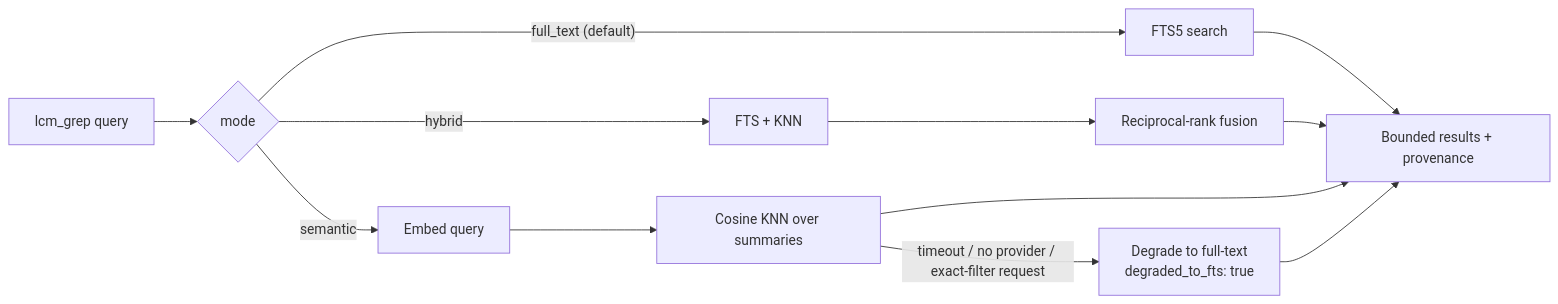
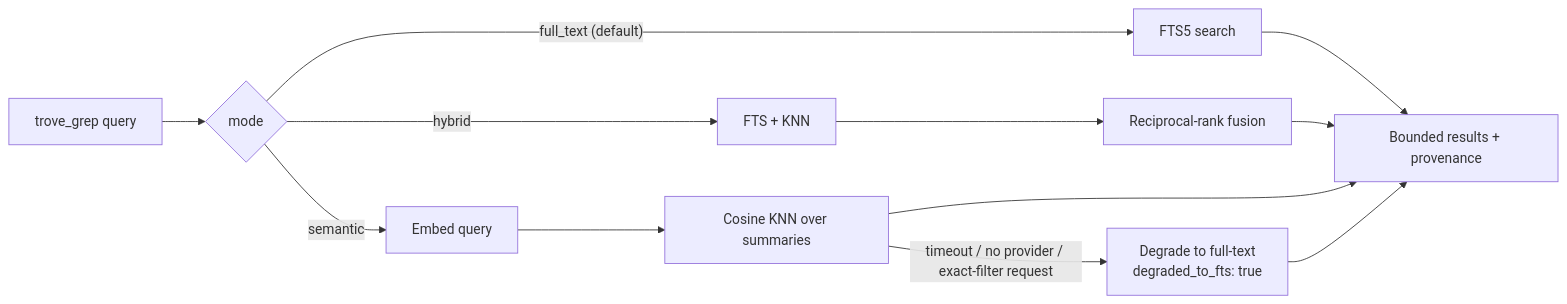
Before and after one commit to misterdas/hermes-agent: the second of 2 diagrams in docs/features-overview.md, drawn with Mermaid. The commit also changed other lines of this file and 238 other files, not shown here.

Commit message:
rename: hermes-lcm -> hermes-trove, lcm -> trove everywhere

````diff
--- a/docs/features-overview.md
+++ b/docs/features-overview.md
@@ -118,12 +118,12 @@
 ```mermaid
 flowchart LR
-    Q[lcm_grep query] --> MODE{mode}
+    Q[trove_grep query] --> MODE{mode}
     MODE -- "full_text (default)" --> FTS[FTS5 search]
     MODE -- semantic --> EMB[Embed query] --> KNN[Cosine KNN over summaries]
     MODE -- hybrid --> BOTH[FTS + KNN] --> RRF[Reciprocal-rank fusion]
     KNN -- "timeout / no provider / exact-filter request" --> DEG[Degrade to full-text<br/>degraded_to_fts: true]
     FTS --> RES[Bounded results + provenance]
     RRF --> RES
     KNN --> RES
     DEG --> RES
 ```
````
